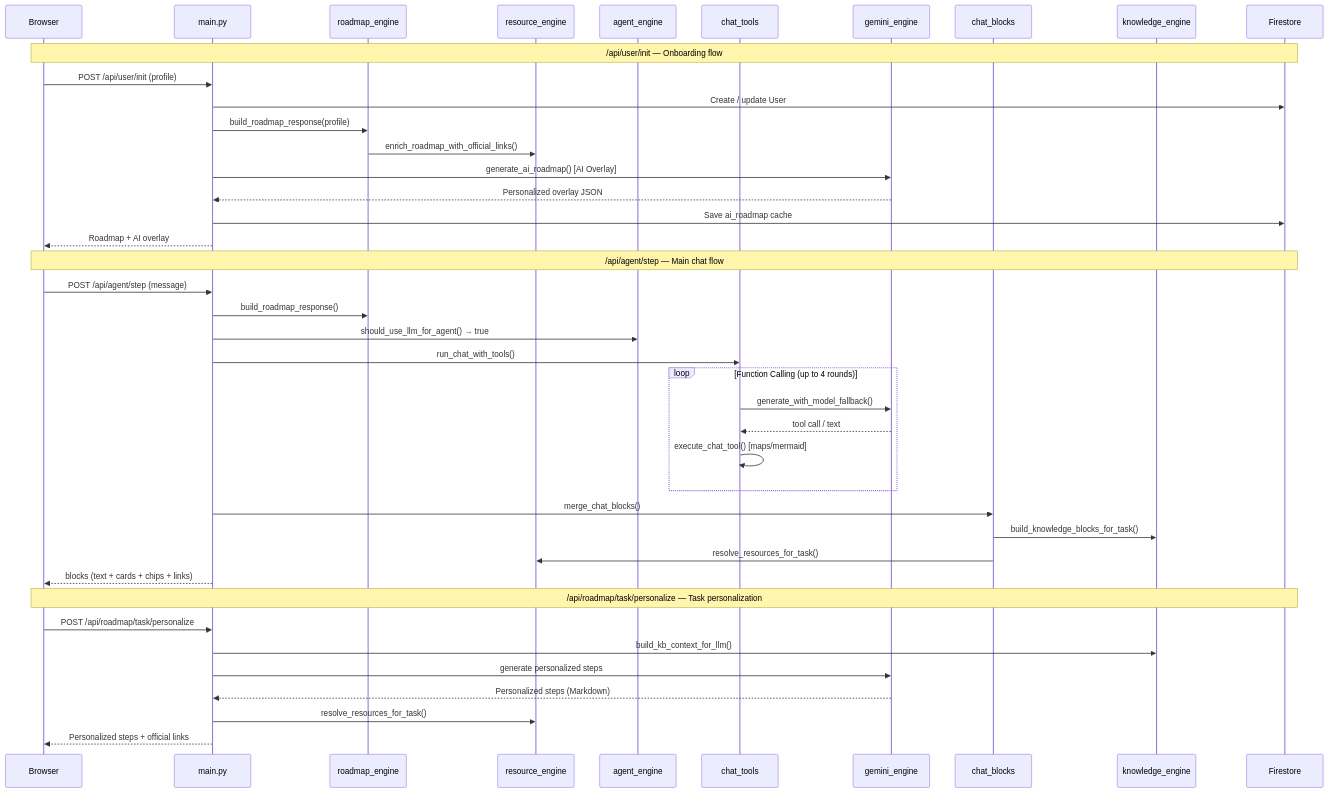
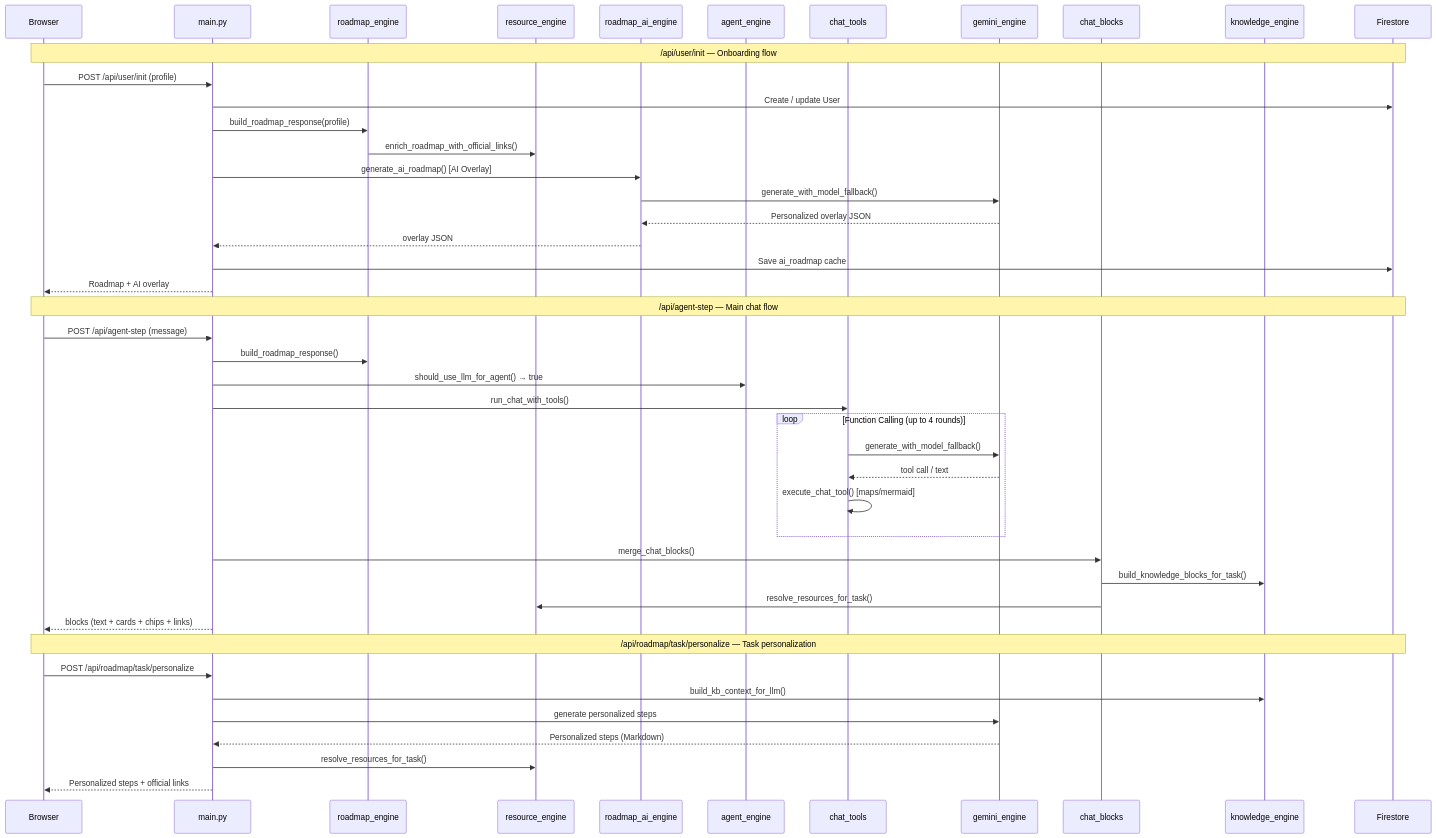
Before and after one commit to faetstoree/HARU: the third of 6 diagrams in ARCHITECTURE_EN.md, drawn with Mermaid. The commit also changed other lines of this file and 1 other file, not shown here.

Commit message:
Update ARCHITECTURE docs: remove school engine, update API endpoints and AI layer

````diff
--- a/ARCHITECTURE_EN.md
+++ b/ARCHITECTURE_EN.md
@@ -132,49 +134,52 @@
 ```mermaid
 sequenceDiagram
     participant Browser
     participant main as main.py
     participant roadmap as roadmap_engine
     participant resource as resource_engine
+    participant roadmap_ai as roadmap_ai_engine
     participant agent as agent_engine
     participant chat as chat_tools
     participant gemini as gemini_engine
     participant blocks as chat_blocks
     participant knowledge as knowledge_engine
     participant db as Firestore
 
     Note over Browser,db: /api/user/init — Onboarding flow
 
     Browser->>main: POST /api/user/init (profile)
     main->>db: Create / update User
     main->>roadmap: build_roadmap_response(profile)
     roadmap->>resource: enrich_roadmap_with_official_links()
-    main->>gemini: generate_ai_roadmap() [AI Overlay]
-    gemini-->>main: Personalized overlay JSON
+    main->>roadmap_ai: generate_ai_roadmap() [AI Overlay]
+    roadmap_ai->>gemini: generate_with_model_fallback()
+    gemini-->>roadmap_ai: Personalized overlay JSON
+    roadmap_ai-->>main: overlay JSON
     main->>db: Save ai_roadmap cache
     main-->>Browser: Roadmap + AI overlay
 
-    Note over Browser,db: /api/agent/step — Main chat flow
+    Note over Browser,db: /api/agent-step — Main chat flow
 
-    Browser->>main: POST /api/agent/step (message)
+    Browser->>main: POST /api/agent-step (message)
     main->>roadmap: build_roadmap_response()
     main->>agent: should_use_llm_for_agent() → true
     main->>chat: run_chat_with_tools()
     loop Function Calling (up to 4 rounds)
         chat->>gemini: generate_with_model_fallback()
         gemini-->>chat: tool call / text
         chat->>chat: execute_chat_tool() [maps/mermaid]
     end
     main->>blocks: merge_chat_blocks()
     blocks->>knowledge: build_knowledge_blocks_for_task()
     blocks->>resource: resolve_resources_for_task()
     main-->>Browser: blocks (text + cards + chips + links)
 
     Note over Browser,db: /api/roadmap/task/personalize — Task personalization
 
     Browser->>main: POST /api/roadmap/task/personalize
     main->>knowledge: build_kb_context_for_llm()
     main->>gemini: generate personalized steps
     gemini-->>main: Personalized steps (Markdown)
     main->>resource: resolve_resources_for_task()
     main-->>Browser: Personalized steps + official links
 ```
````
